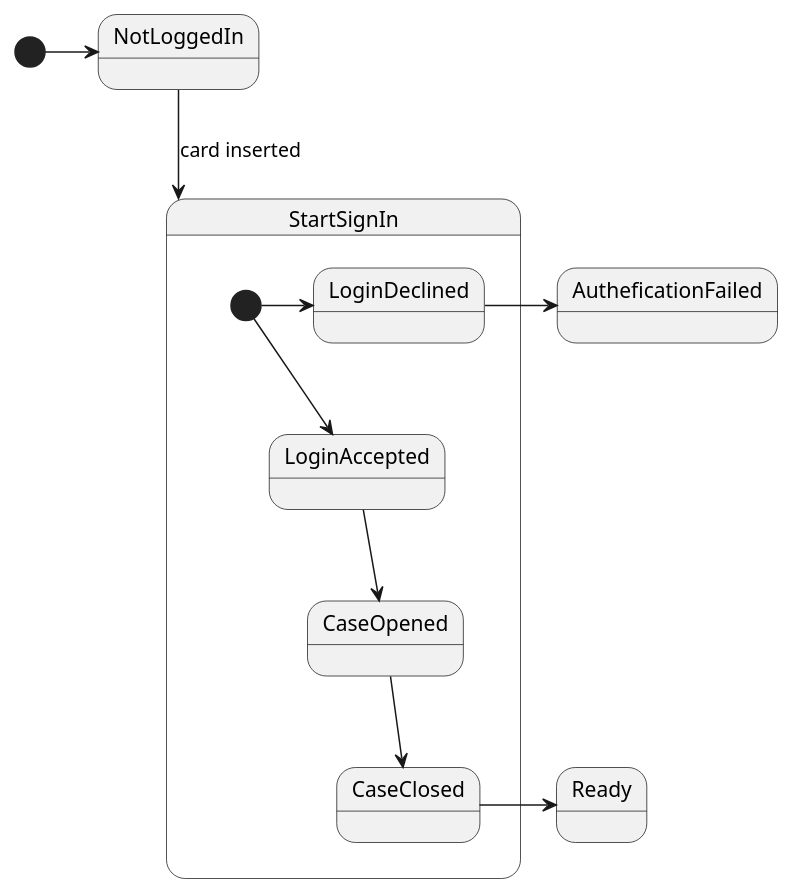
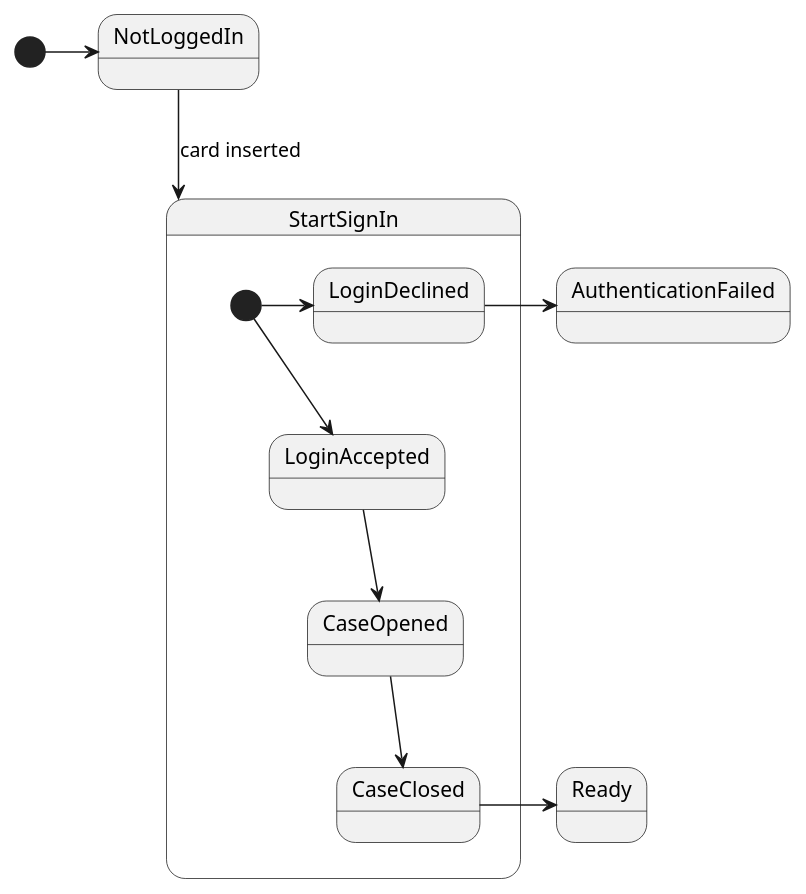
The diagram in diagrams/auth_term_state.puml (sovrasov/uml_course), drawn with PlantUML before and after one commit. The commit also changed 11 other files, not shown here.

First line of the commit message:
Update clas diagram

```diff
--- a/diagrams/auth_term_state.puml
+++ b/diagrams/auth_term_state.puml
@@ -1,12 +1,12 @@
 @startuml
 [*] -> NotLoggedIn
 NotLoggedIn --> StartSignIn:card inserted
 state StartSignIn {
 [*] --> LoginAccepted
 [*] -> LoginDeclined
 LoginAccepted --> CaseOpened
 CaseOpened --> CaseClosed
 }
-LoginDeclined -> AutheficationFailed
+LoginDeclined -> AuthenticationFailed
 CaseClosed -> Ready
 @enduml
```
